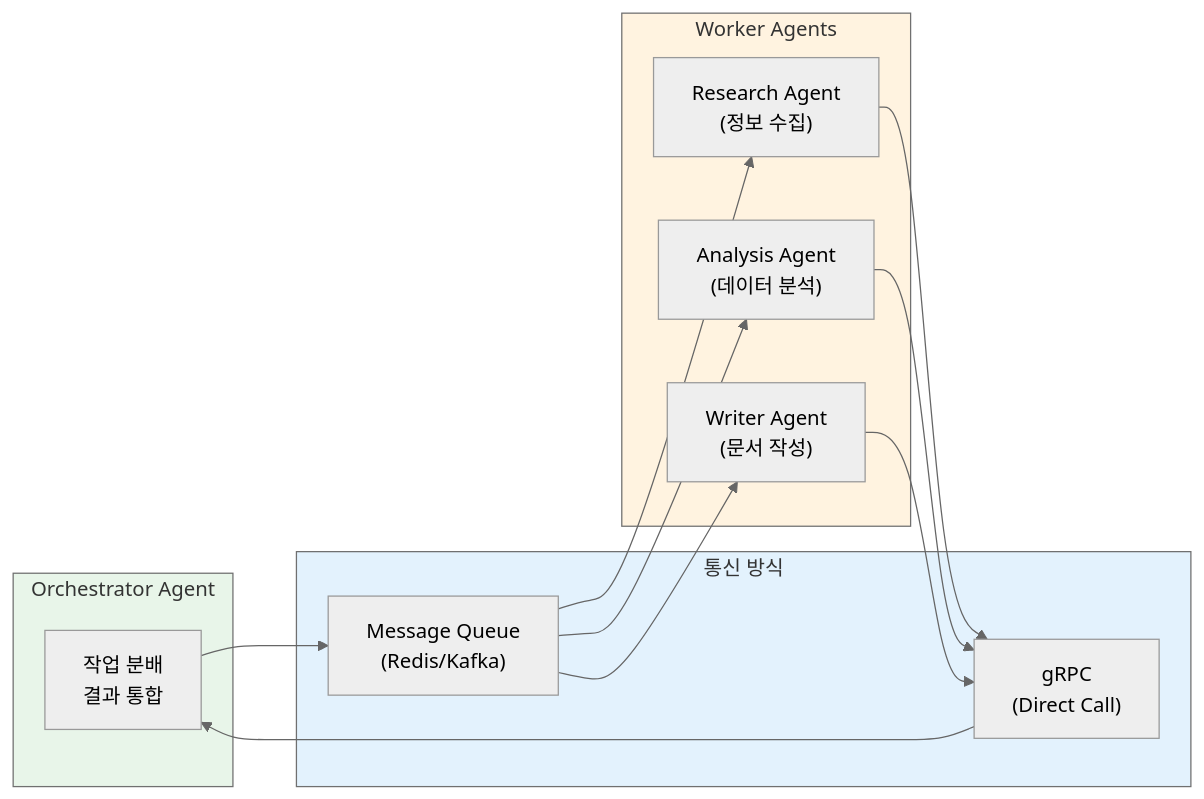
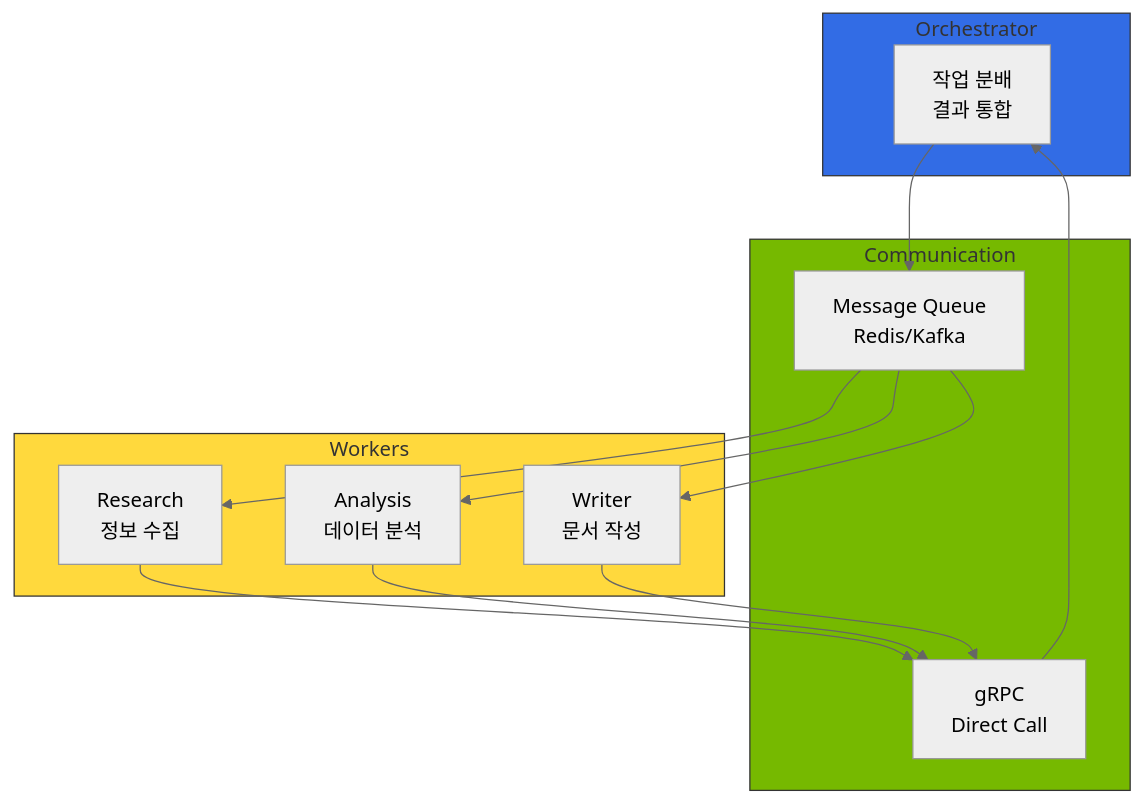
The third of 3 diagrams in docs/agentic-ai-platform/gateway-agents/kagent-kubernetes-agents.md (devfloor9/engineering-playbook), drawn with Mermaid (neutral theme) before and after one commit. The commit also changed other lines of this file and 24 other files, not shown here.

````diff
--- a/docs/agentic-ai-platform/gateway-agents/kagent-kubernetes-agents.md
+++ b/docs/agentic-ai-platform/gateway-agents/kagent-kubernetes-agents.md
@@ -1033,30 +1025,26 @@
 ```mermaid
-graph LR
-    subgraph Orchestrator["Orchestrator Agent"]
-        ORCH["작업 분배<br/>결과 통합"]
+flowchart TB
+    subgraph ORC["Orchestrator"]
+        O[작업 분배<br/>결과 통합]
     end
-    
-    subgraph Workers["Worker Agents"]
-        RESEARCH["Research Agent<br/>(정보 수집)"]
-        ANALYSIS["Analysis Agent<br/>(데이터 분석)"]
-        WRITER["Writer Agent<br/>(문서 작성)"]
+
+    subgraph WRK["Workers"]
+        R[Research<br/>정보 수집]
+        A[Analysis<br/>데이터 분석]
+        W[Writer<br/>문서 작성]
     end
-    
-    subgraph Communication["통신 방식"]
-        QUEUE["Message Queue<br/>(Redis/Kafka)"]
-        GRPC["gRPC<br/>(Direct Call)"]
+
+    subgraph COM["Communication"]
+        Q[Message Queue<br/>Redis/Kafka]
+        G[gRPC<br/>Direct Call]
     end
-    
-    ORCH --> QUEUE
-    QUEUE --> RESEARCH
-    QUEUE --> ANALYSIS
-    QUEUE --> WRITER
-    RESEARCH --> GRPC
-    ANALYSIS --> GRPC
-    WRITER --> GRPC
-    GRPC --> ORCH
-    
-    style Orchestrator fill:#e8f5e9
-    style Workers fill:#fff3e0
-    style Communication fill:#e3f2fd
+
+    O --> Q
+    Q --> R & A & W
+    R & A & W --> G
+    G --> O
+
+    style ORC fill:#326ce5,stroke:#333
+    style WRK fill:#ffd93d,stroke:#333
+    style COM fill:#76b900,stroke:#333
 ```
````
